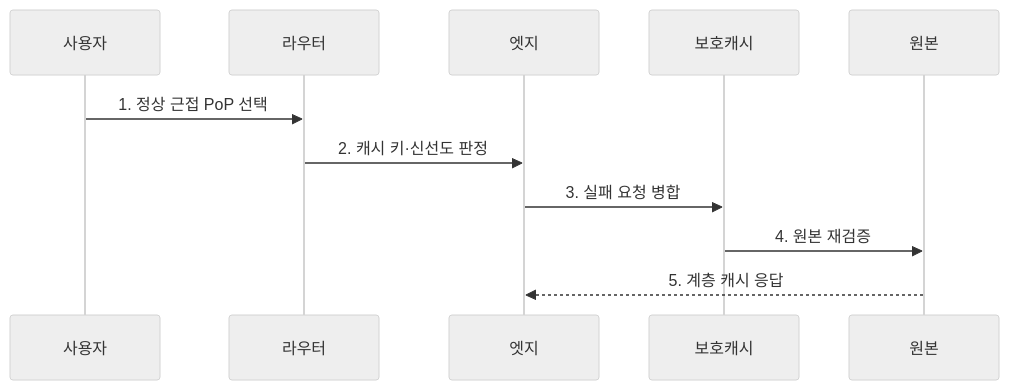
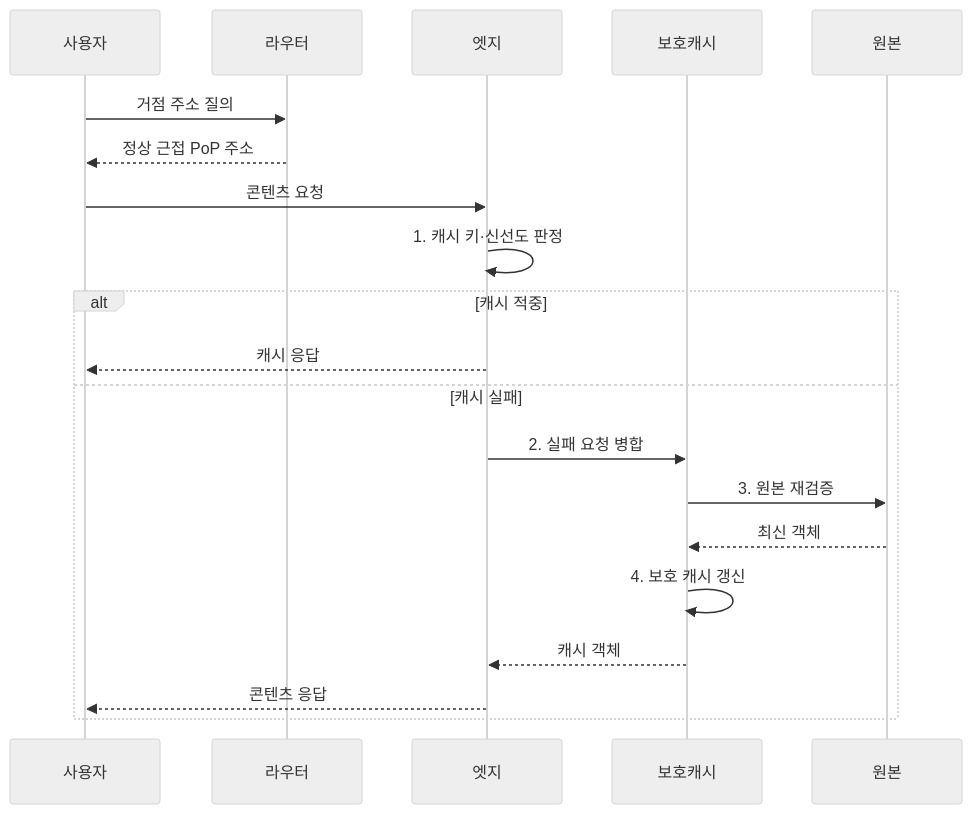
Before and after one commit to agnusdei1207/knowledge-base: the second of 2 diagrams in src/content/docs/notes/04-network/107_global_cdn_architecture.md, drawn with Mermaid (neutral theme). The commit also changed other lines of this file and 16 other files, not shown here.

````diff
--- a/src/content/docs/notes/04-network/107_global_cdn_architecture.md
+++ b/src/content/docs/notes/04-network/107_global_cdn_architecture.md
@@ -84,13 +86,22 @@
 ```mermaid
 sequenceDiagram
     participant 사용자
     participant 라우터
     participant 엣지
     participant 보호캐시
     participant 원본
-    사용자->>라우터: 1. 정상 근접 PoP 선택
-    라우터->>엣지: 2. 캐시 키·신선도 판정
-    엣지->>보호캐시: 3. 실패 요청 병합
-    보호캐시->>원본: 4. 원본 재검증
-    원본-->>엣지: 5. 계층 캐시 응답
+    사용자->>라우터: 거점 주소 질의
+    라우터-->>사용자: 정상 근접 PoP 주소
+    사용자->>엣지: 콘텐츠 요청
+    엣지->>엣지: 1. 캐시 키·신선도 판정
+    alt 캐시 적중
+        엣지-->>사용자: 캐시 응답
+    else 캐시 실패
+        엣지->>보호캐시: 2. 실패 요청 병합
+        보호캐시->>원본: 3. 원본 재검증
+        원본-->>보호캐시: 최신 객체
+        보호캐시->>보호캐시: 4. 보호 캐시 갱신
+        보호캐시-->>엣지: 캐시 객체
+        엣지-->>사용자: 콘텐츠 응답
+    end
 ```
````
